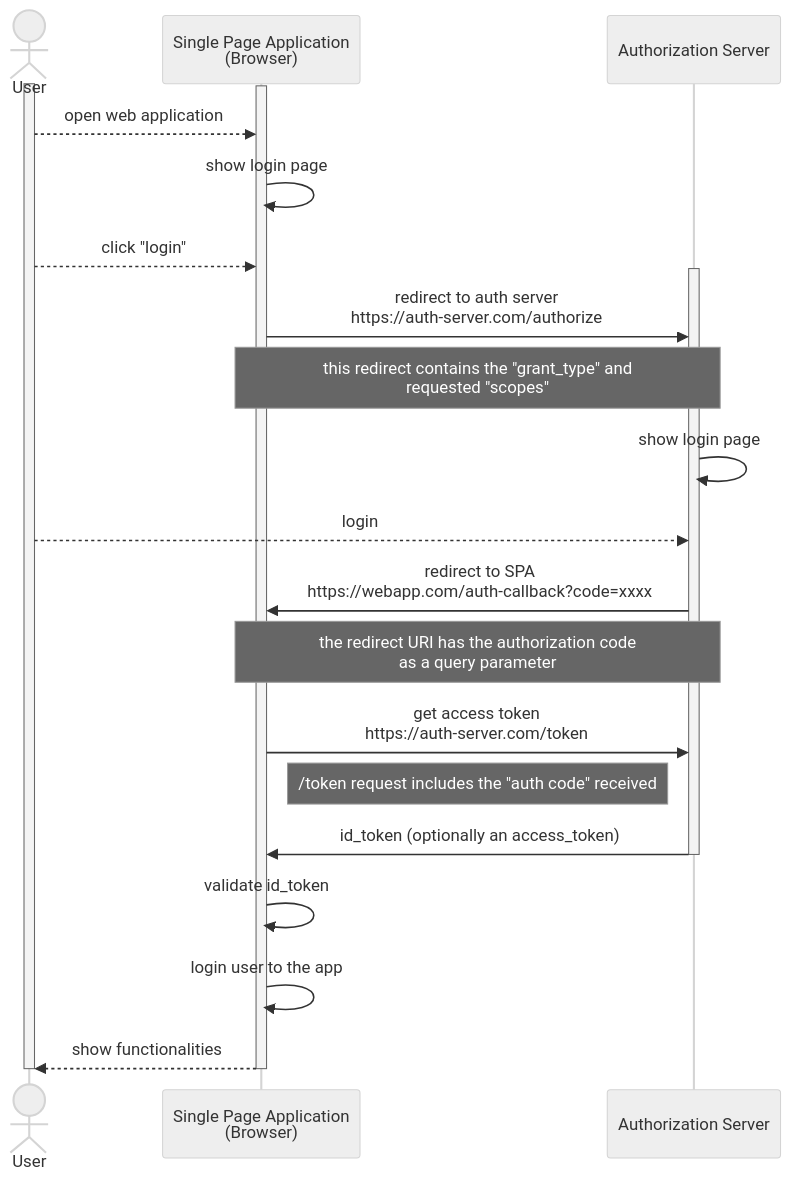
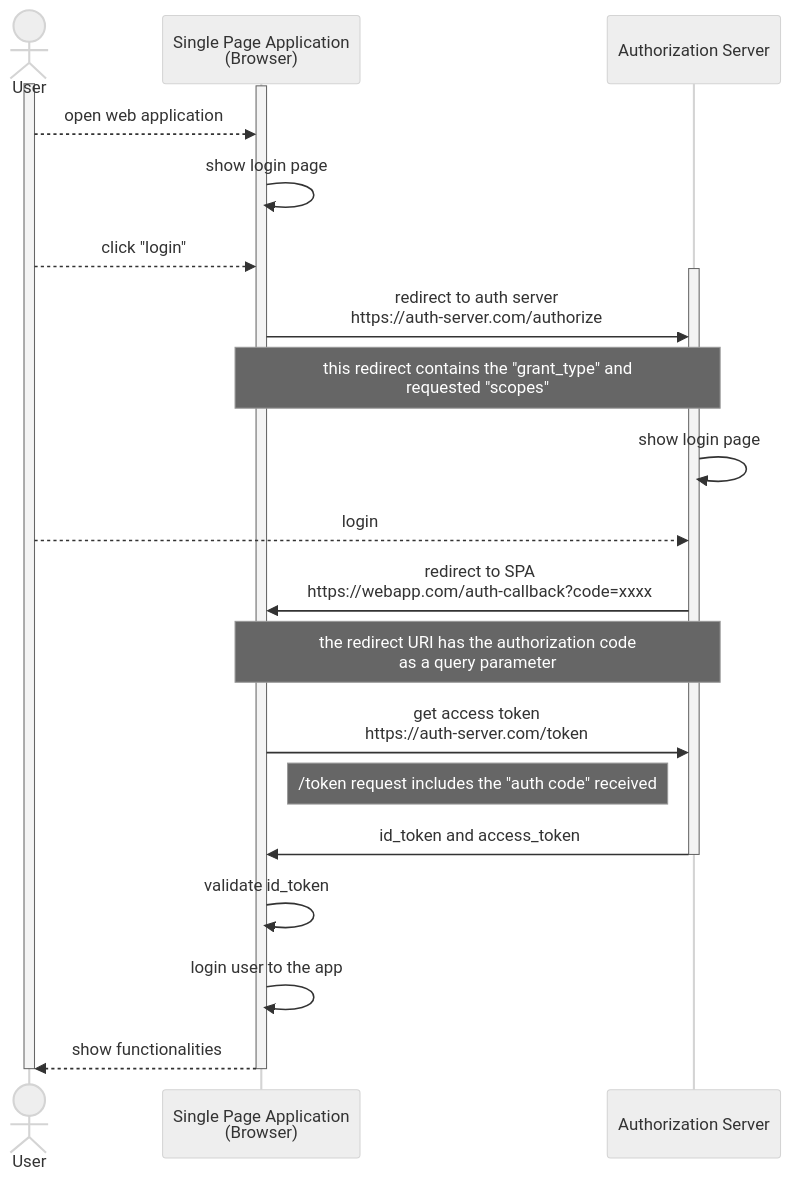
One commit to IMS94/spring-boot-jwt-auth-server changed the first of 2 diagrams in README.md. Above: the diagram before and after it, drawn with Mermaid (neutral theme). The commit also changed other lines of this file and 5 other files, not shown here.

Commit message:
Add support for `at+jwt` JWT header and update to use access_token over id_token for authentication

````diff
--- a/README.md
+++ b/README.md
@@ -27,33 +32,33 @@
 ```mermaid
 sequenceDiagram
     actor User
     participant SPA as Single Page Application<br/>(Browser)
     participant Auth as Authorization Server
     
     activate User
     activate SPA
     User -->> SPA: open web application
     SPA ->> SPA: show login page
     
     User -->> SPA: click "login"
     
     activate Auth
     SPA ->> Auth: redirect to auth server<br/>https://auth-server.com/authorize
     Note over SPA,Auth: this redirect contains the "grant_type" and<br/>requested "scopes"
     Auth ->> Auth: show login page
     User -->> Auth: login
     Auth ->> SPA: redirect to SPA<br/>https://webapp.com/auth-callback?code=xxxx
     Note over SPA, Auth: the redirect URI has the authorization code<br/>as a query parameter
     
     SPA ->> Auth: get access token<br/>https://auth-server.com/token
     Note right of SPA: /token request includes the "auth code" received
-    Auth ->> SPA: id_token (optionally an access_token)
+    Auth ->> SPA: id_token and access_token
     
     deactivate Auth
     SPA ->> SPA: validate id_token
     SPA ->> SPA: login user to the app
     SPA -->> User: show functionalities
     
     deactivate SPA
     deactivate User
 ```
````
